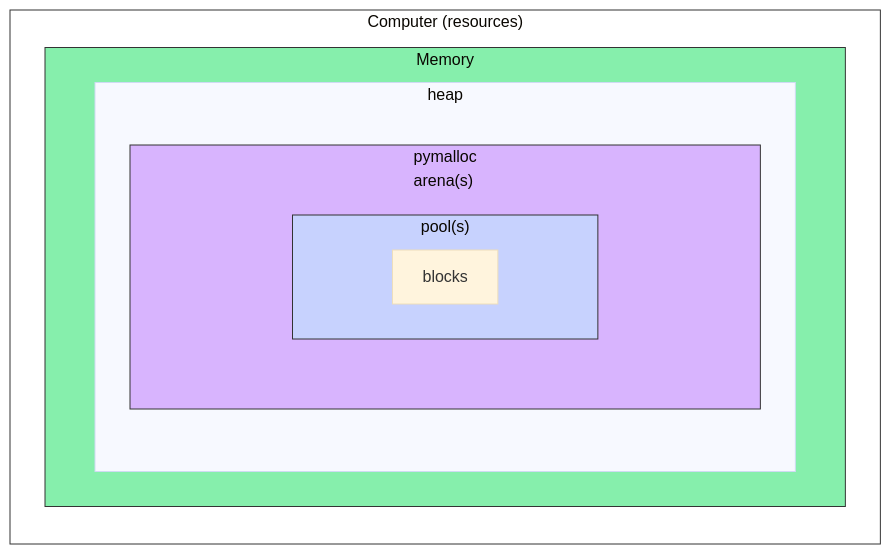
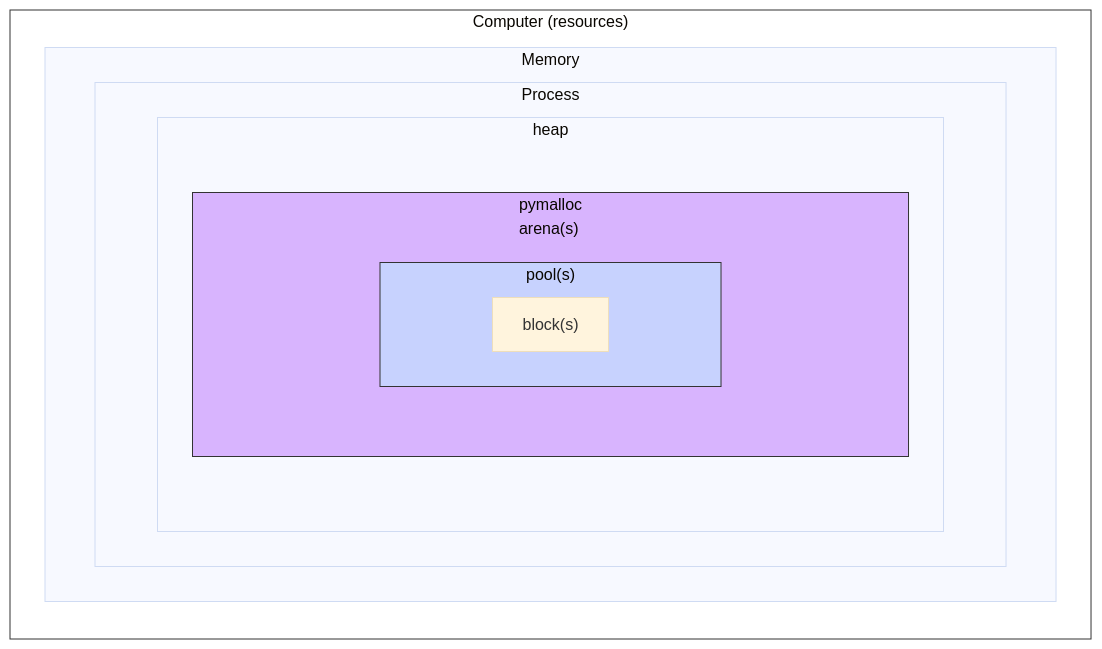
Before and after one commit to CU-DBMI/set-website: the ninth of 11 diagrams in _posts/2024-01-22-Python-Memory-Management-and-Troubleshooting.md, drawn with Mermaid (base theme). The commit also changed other lines of this file, not shown here.

Commit message:
add python process to other diagrams

````diff
--- a/_posts/2024-01-22-Python-Memory-Management-and-Troubleshooting.md
+++ b/_posts/2024-01-22-Python-Memory-Management-and-Troubleshooting.md
@@ -409,26 +415,27 @@
 ```mermaid!
 flowchart LR
 
 subgraph computer ["Computer (resources)"]
 
 subgraph memory["Memory"]
-    subgraph heap1 ["heap"]
-        direction TB
-        subgraph arena ["pymalloc\narena(s)"]
-          subgraph spacer [" "]
-            subgraph pools["pool(s)"]
-              blocks["blocks"]
+    subgraph process ["Process"]
+        subgraph heap1 ["heap"]
+            direction TB
+            subgraph arena ["pymalloc\narena(s)"]
+                subgraph spacer [" "]
+                    subgraph pools["pool(s)"]
+                    blocks["block(s)"]
+                end
             end
-          end
+            end
         end
     end
 end
 
 end
 
 style computer fill:#fff,stroke:#333
-style memory fill:#86EFAC,stroke:#333
 style arena fill:#D8B4FE,stroke:#333
 style pools fill:#C7D2FE,stroke:#333
 style spacer fill:transparent,stroke:transparent;
 ```
````
